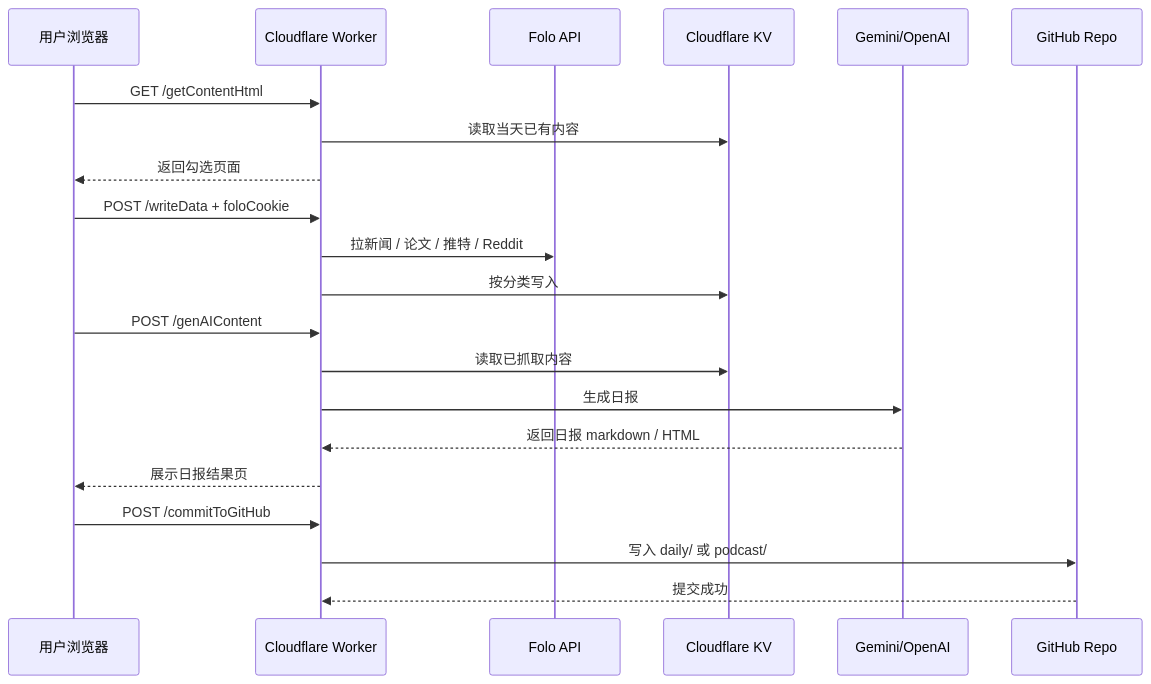
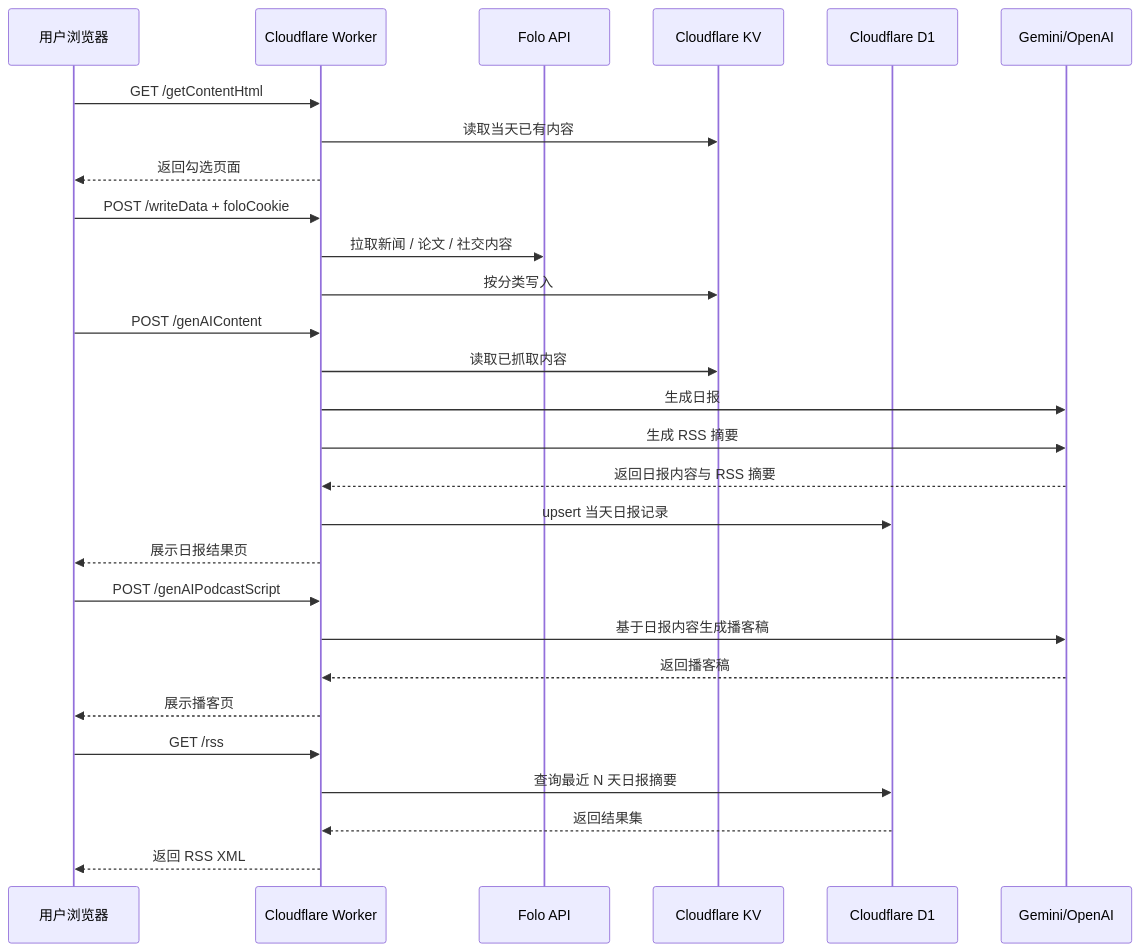
One commit to wenson/CloudFlare-AI-Insight-Daily changed the second of 2 diagrams in docs/DATA_FLOW.md. Above: the diagram before and after it, drawn with Mermaid. The commit also changed other lines of this file and 19 other files, not shown here.

````diff
--- a/docs/DATA_FLOW.md
+++ b/docs/DATA_FLOW.md
@@ -96,27 +68,35 @@
 ```mermaid
 sequenceDiagram
     participant User as 用户浏览器
     participant Worker as Cloudflare Worker
     participant Folo as Folo API
     participant KV as Cloudflare KV
+    participant D1 as Cloudflare D1
     participant AI as Gemini/OpenAI
-    participant GH as GitHub Repo
 
     User->>Worker: GET /getContentHtml
     Worker->>KV: 读取当天已有内容
     Worker-->>User: 返回勾选页面
 
     User->>Worker: POST /writeData + foloCookie
-    Worker->>Folo: 拉新闻 / 论文 / 推特 / Reddit
+    Worker->>Folo: 拉取新闻 / 论文 / 社交内容
     Worker->>KV: 按分类写入
 
     User->>Worker: POST /genAIContent
     Worker->>KV: 读取已抓取内容
     Worker->>AI: 生成日报
-    AI-->>Worker: 返回日报 markdown / HTML
+    Worker->>AI: 生成 RSS 摘要
+    AI-->>Worker: 返回日报内容与 RSS 摘要
+    Worker->>D1: upsert 当天日报记录
     Worker-->>User: 展示日报结果页
 
-    User->>Worker: POST /commitToGitHub
-    Worker->>GH: 写入 daily/ 或 podcast/
-    GH-->>Worker: 提交成功
+    User->>Worker: POST /genAIPodcastScript
+    Worker->>AI: 基于日报内容生成播客稿
+    AI-->>Worker: 返回播客稿
+    Worker-->>User: 展示播客页
+
+    User->>Worker: GET /rss
+    Worker->>D1: 查询最近 N 天日报摘要
+    D1-->>Worker: 返回结果集
+    Worker-->>User: 返回 RSS XML
 ```
````
